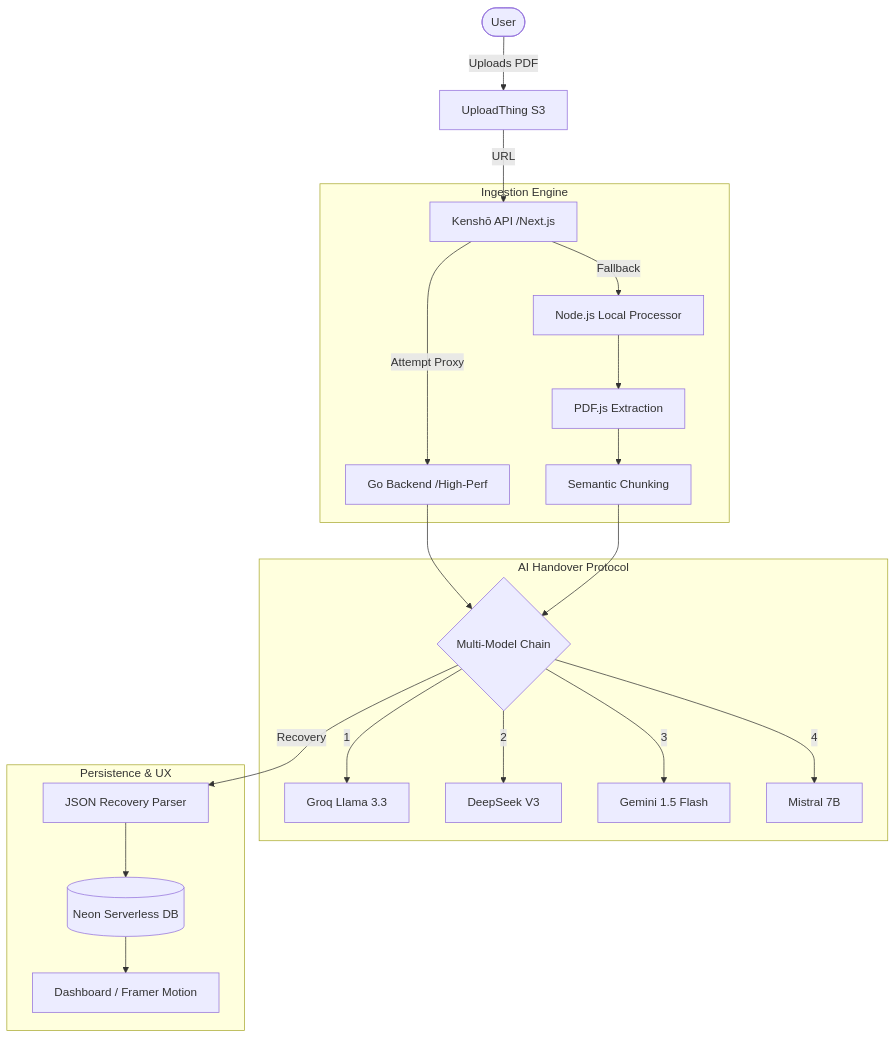
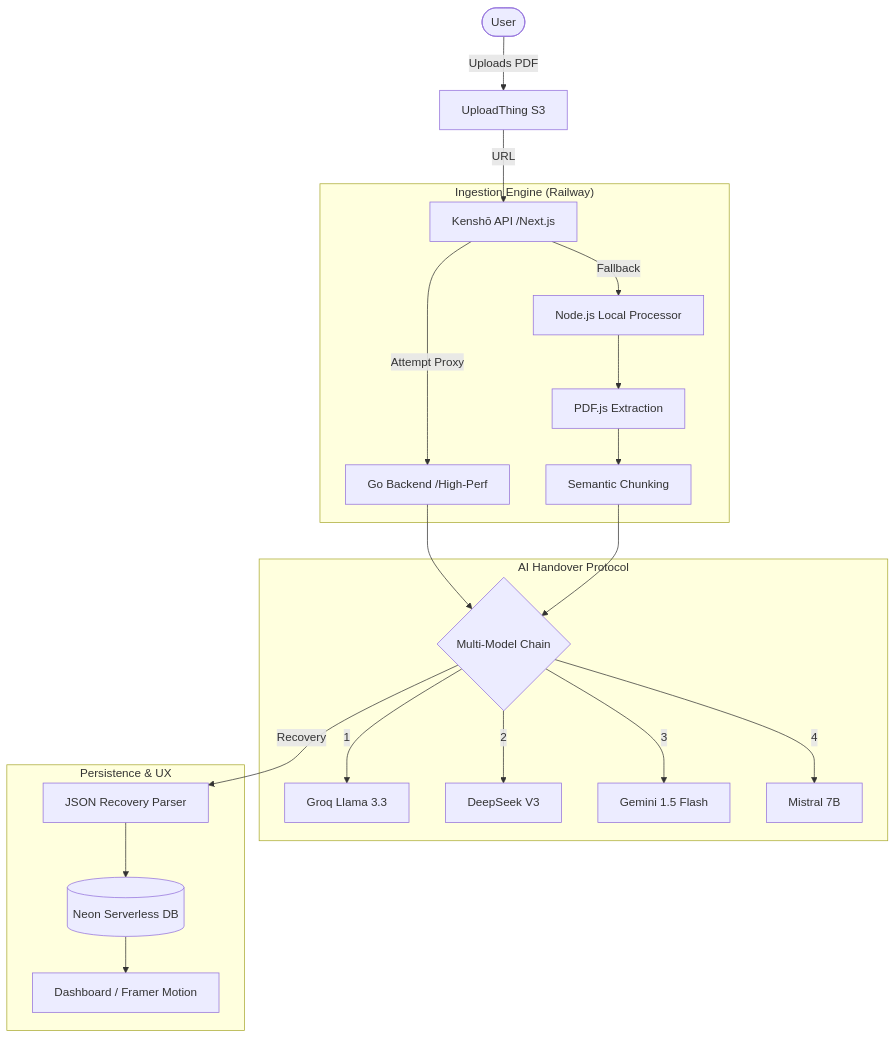
One commit to HarshalPatel1972/kensho-flashcard-engine changed the diagram in README.md. Above: the diagram before and after it, drawn with Mermaid. The commit also changed other lines of this file, not shown here.

Commit message:
docs: document Railway-deployed Go backend in architecture

````diff
--- a/README.md
+++ b/README.md
@@ -9,27 +9,27 @@
 ```mermaid
 graph TD
     User([User]) -->|Uploads PDF| UT[UploadThing S3]
     UT -->|URL| API[Kenshō API /Next.js]
     
-    subgraph "Ingestion Engine"
+    subgraph "Ingestion Engine (Railway)"
     API -->|Attempt Proxy| GO[Go Backend /High-Perf]
     API -->|Fallback| Local[Node.js Local Processor]
     Local --> PDF[PDF.js Extraction]
     PDF --> Chunk[Semantic Chunking]
     end
     
     subgraph "AI Handover Protocol"
     GO --> AI
     Chunk --> AI{Multi-Model Chain}
     AI -->|1| Groq[Groq Llama 3.3]
     AI -->|2| DS[DeepSeek V3]
     AI -->|3| Gem[Gemini 1.5 Flash]
     AI -->|4| Mist[Mistral 7B]
     end
     
     subgraph "Persistence & UX"
     AI -->|Recovery| Parser[JSON Recovery Parser]
     Parser --> DB[(Neon Serverless DB)]
     DB --> DASH[Dashboard / Framer Motion]
     end
 ```
````
